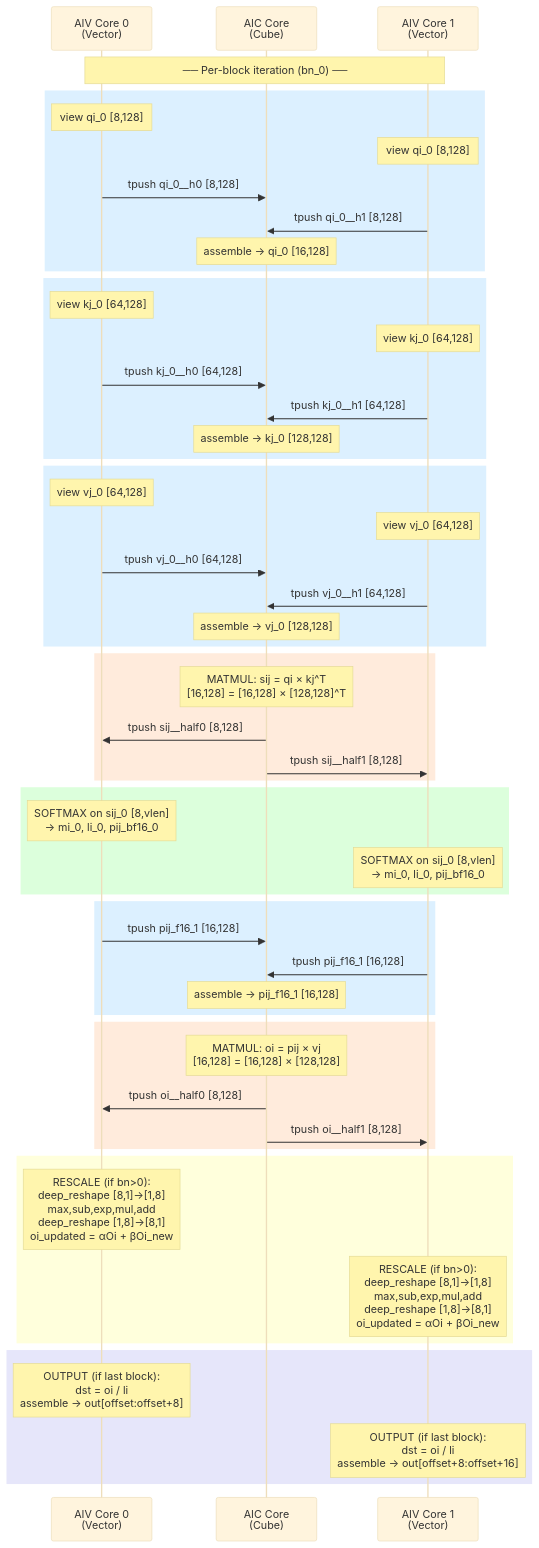
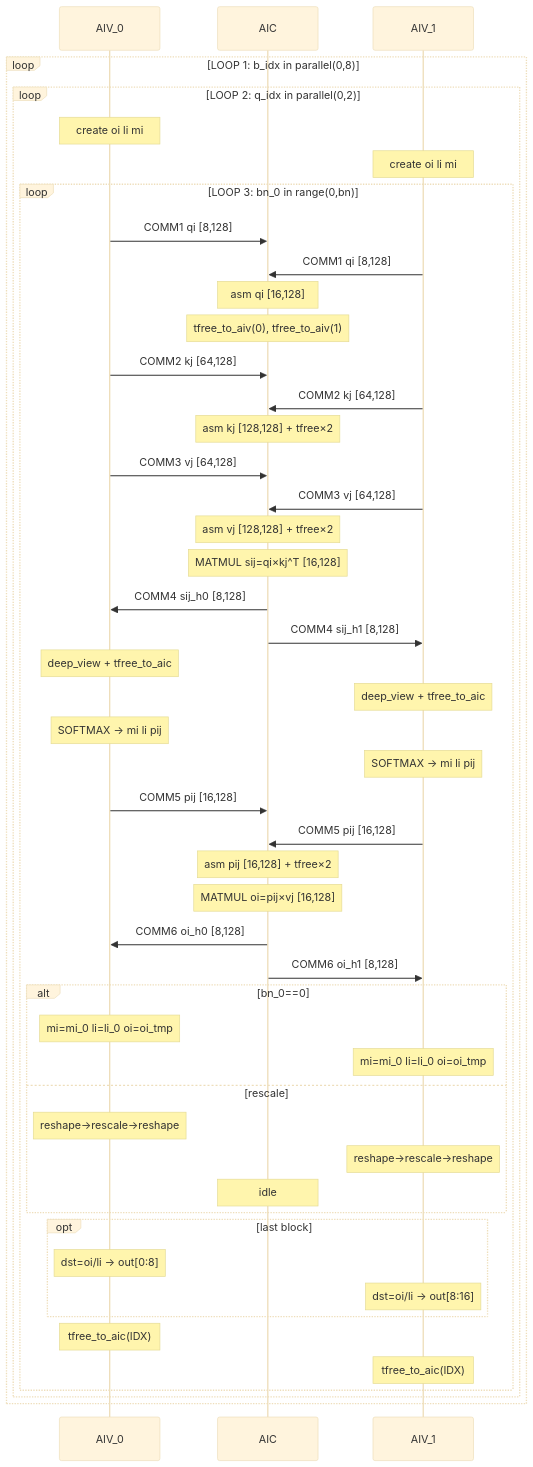
The diagram in docs/pa4_kernel_flow_analysis.md (hw-native-sys/pypto), drawn with Mermaid (base theme) before and after one commit. The commit also changed other lines of this file and 4 other files, not shown here.

````diff
--- a/docs/pa4_kernel_flow_analysis.md
+++ b/docs/pa4_kernel_flow_analysis.md
@@ -280,65 +297,62 @@
 ```mermaid
 sequenceDiagram
-    participant AIV0 as AIV Core 0<br/>(Vector)
-    participant AIC as AIC Core<br/>(Cube)
-    participant AIV1 as AIV Core 1<br/>(Vector)
+    participant V0 as AIV_0
+    participant C as AIC
+    participant V1 as AIV_1
 
-    Note over AIV0,AIV1: ── Per-block iteration (bn_0) ──
+    loop LOOP 1: b_idx in parallel(0,8)
+        loop LOOP 2: q_idx in parallel(0,2)
+            Note over V0: create oi li mi
+            Note over V1: create oi li mi
 
-    rect rgb(220, 240, 255)
-    Note over AIV0: view qi_0 [8,128]
-    Note over AIV1: view qi_0 [8,128]
-    AIV0->>AIC: tpush qi_0__h0 [8,128]
-    AIV1->>AIC: tpush qi_0__h1 [8,128]
-    Note over AIC: assemble → qi_0 [16,128]
-    end
+            loop LOOP 3: bn_0 in range(0,bn)
+                V0->>C: COMM1 qi [8,128]
+                V1->>C: COMM1 qi [8,128]
+                Note over C: asm qi [16,128]
+                Note over C: tfree_to_aiv(0), tfree_to_aiv(1)
 
-    rect rgb(220, 240, 255)
-    Note over AIV0: view kj_0 [64,128]
-    Note over AIV1: view kj_0 [64,128]
-    AIV0->>AIC: tpush kj_0__h0 [64,128]
-    AIV1->>AIC: tpush kj_0__h1 [64,128]
-    Note over AIC: assemble → kj_0 [128,128]
-    end
+                V0->>C: COMM2 kj [64,128]
+                V1->>C: COMM2 kj [64,128]
+                Note over C: asm kj [128,128] + tfree×2
 
-    rect rgb(220, 240, 255)
-    Note over AIV0: view vj_0 [64,128]
-    Note over AIV1: view vj_0 [64,128]
-    AIV0->>AIC: tpush vj_0__h0 [64,128]
-    AIV1->>AIC: tpush vj_0__h1 [64,128]
-    Note over AIC: assemble → vj_0 [128,128]
-    end
+                V0->>C: COMM3 vj [64,128]
+                V1->>C: COMM3 vj [64,128]
+                Note over C: asm vj [128,128] + tfree×2
 
-    rect rgb(255, 235, 220)
-    Note over AIC: MATMUL: sij = qi × kj^T<br/>[16,128] = [16,128] × [128,128]^T
-    AIC->>AIV0: tpush sij__half0 [8,128]
-    AIC->>AIV1: tpush sij__half1 [8,128]
-    end
+                Note over C: MATMUL sij=qi×kj^T [16,128]
+                C->>V0: COMM4 sij_h0 [8,128]
+                C->>V1: COMM4 sij_h1 [8,128]
 
-    rect rgb(220, 255, 220)
-    Note over AIV0: SOFTMAX on sij_0 [8,vlen]<br/>→ mi_0, li_0, pij_bf16_0
-    Note over AIV1: SOFTMAX on sij_0 [8,vlen]<br/>→ mi_0, li_0, pij_bf16_0
-    end
+                Note over V0: deep_view + tfree_to_aic
+                Note over V1: deep_view + tfree_to_aic
+                Note over V0: SOFTMAX → mi li pij
+                Note over V1: SOFTMAX → mi li pij
 
-    rect rgb(220, 240, 255)
-    AIV0->>AIC: tpush pij_f16_1 [16,128]
-    AIV1->>AIC: tpush pij_f16_1 [16,128]
-    Note over AIC: assemble → pij_f16_1 [16,128]
-    end
+                V0->>C: COMM5 pij [16,128]
+                V1->>C: COMM5 pij [16,128]
+                Note over C: asm pij [16,128] + tfree×2
 
-    rect rgb(255, 235, 220)
-    Note over AIC: MATMUL: oi = pij × vj<br/>[16,128] = [16,128] × [128,128]
-    AIC->>AIV0: tpush oi__half0 [8,128]
-    AIC->>AIV1: tpush oi__half1 [8,128]
-    end
+                Note over C: MATMUL oi=pij×vj [16,128]
+                C->>V0: COMM6 oi_h0 [8,128]
+                C->>V1: COMM6 oi_h1 [8,128]
 
-    rect rgb(255, 255, 220)
-    Note over AIV0: RESCALE (if bn>0):<br/>deep_reshape [8,1]→[1,8]<br/>max,sub,exp,mul,add<br/>deep_reshape [1,8]→[8,1]<br/>oi_updated = αOi + βOi_new
-    Note over AIV1: RESCALE (if bn>0):<br/>deep_reshape [8,1]→[1,8]<br/>max,sub,exp,mul,add<br/>deep_reshape [1,8]→[8,1]<br/>oi_updated = αOi + βOi_new
-    end
+                alt bn_0==0
+                    Note over V0: mi=mi_0 li=li_0 oi=oi_tmp
+                    Note over V1: mi=mi_0 li=li_0 oi=oi_tmp
+                else rescale
+                    Note over V0: reshape→rescale→reshape
+                    Note over V1: reshape→rescale→reshape
+                    Note over C: idle
+                end
 
-    rect rgb(230, 230, 250)
-    Note over AIV0: OUTPUT (if last block):<br/>dst = oi / li<br/>assemble → out[offset:offset+8]
-    Note over AIV1: OUTPUT (if last block):<br/>dst = oi / li<br/>assemble → out[offset+8:offset+16]
+                opt last block
+                    Note over V0: dst=oi/li → out[0:8]
+                    Note over V1: dst=oi/li → out[8:16]
+                end
+
+                Note over V0: tfree_to_aic(IDX)
+                Note over V1: tfree_to_aic(IDX)
+            end
+        end
     end
 ```
````
